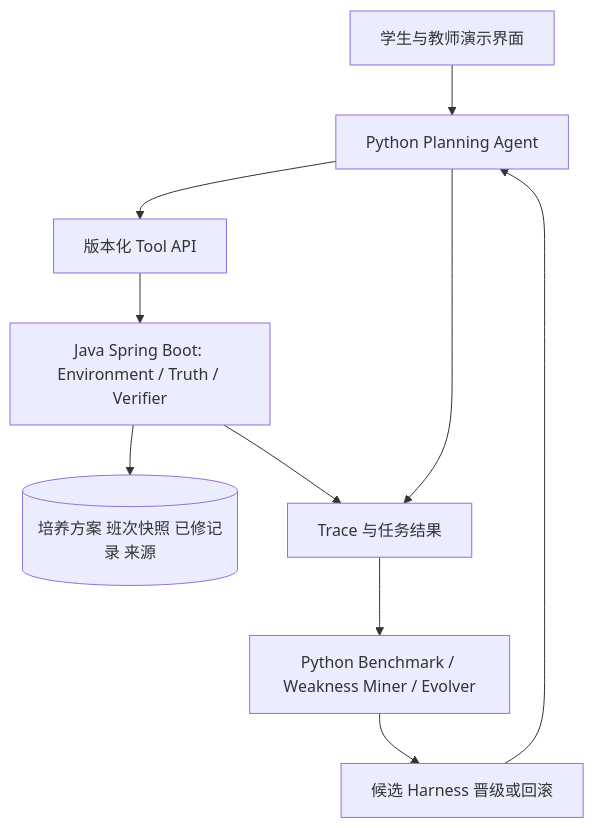
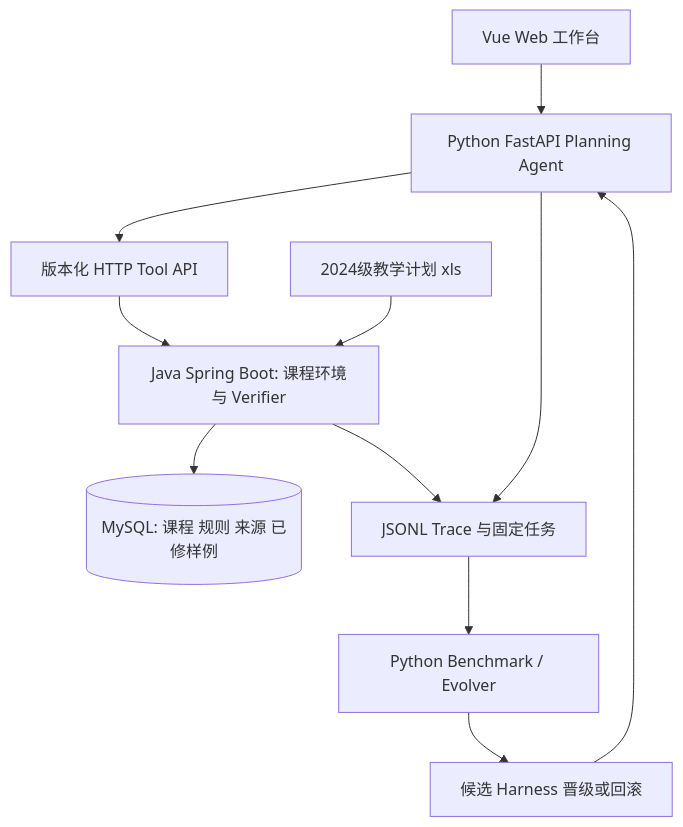
One commit to HelicasECoode42/CoursePilot-Evo changed the diagram in docs/diagrams/layers.mmd. Above: the diagram before and after it, drawn with Mermaid. The commit also changed 25 other files, not shown here.

```diff
--- a/docs/diagrams/layers.mmd
+++ b/docs/diagrams/layers.mmd
@@ -1,10 +1,11 @@
 flowchart TB
-  UI[学生与教师演示界面] --> AG[Python Planning Agent]
-  AG --> API[版本化 Tool API]
-  API --> JAVA[Java Spring Boot: Environment / Truth / Verifier]
-  JAVA --> DATA[(培养方案 班次快照 已修记录 来源)]
-  AG --> TRACE[Trace 与任务结果]
+  UI[Vue Web 工作台] --> AG[Python FastAPI Planning Agent]
+  AG --> API[版本化 HTTP Tool API]
+  API --> JAVA[Java Spring Boot: 课程环境与 Verifier]
+  JAVA --> DATA[(MySQL: 课程 规则 来源 已修样例)]
+  XLS[2024级教学计划 xls] --> JAVA
+  AG --> TRACE[JSONL Trace 与固定任务]
   JAVA --> TRACE
-  TRACE --> EVO[Python Benchmark / Weakness Miner / Evolver]
+  TRACE --> EVO[Python Benchmark / Evolver]
   EVO --> PROMOTE[候选 Harness 晋级或回滚]
   PROMOTE --> AG
```
